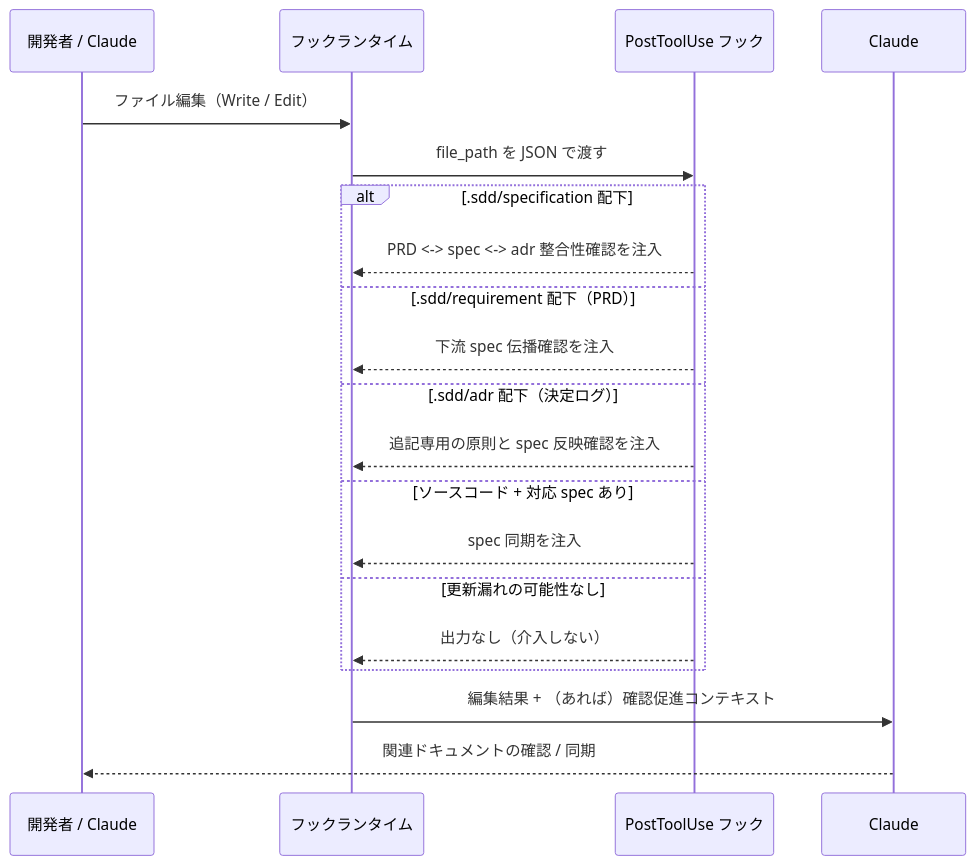
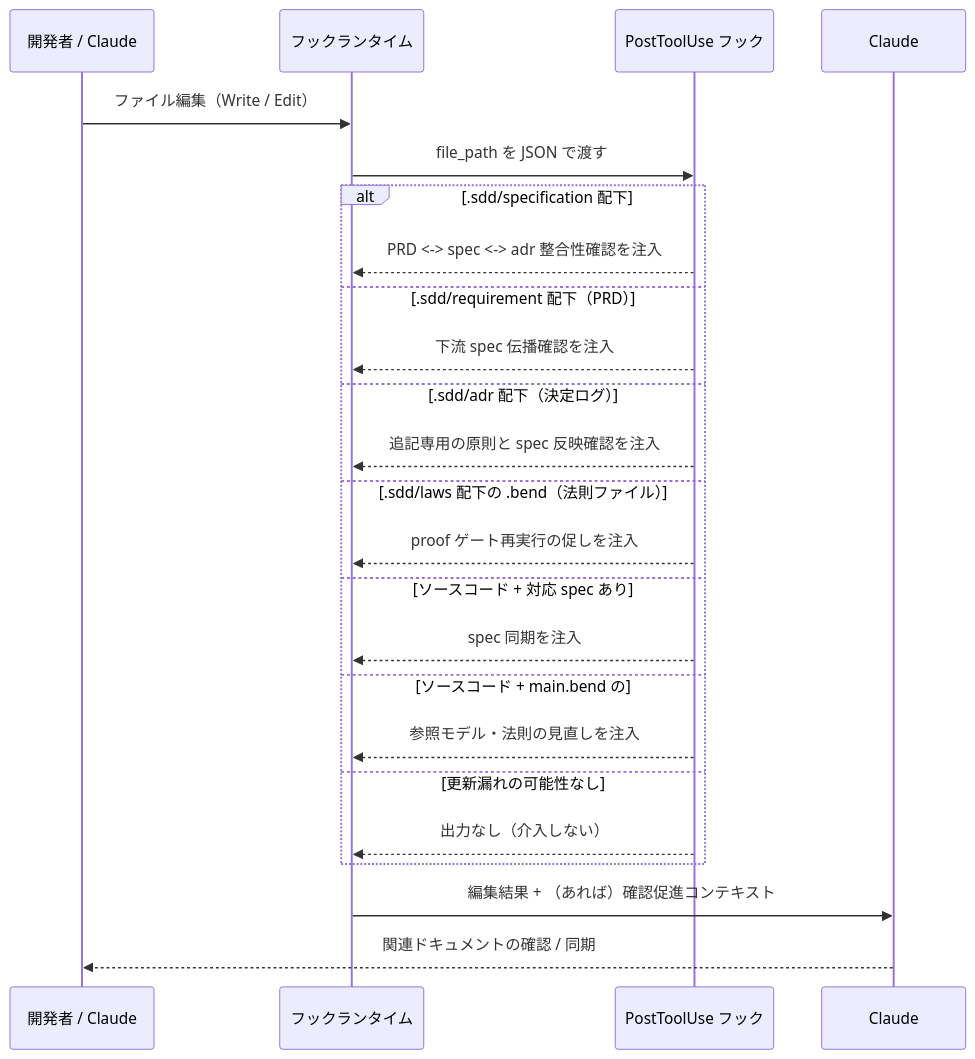
The diagram in .sdd/specification/quality-guardrails/stale-doc-detection_spec.md (ToshikiImagawa/ai-sdd-workflow-dev), drawn with Mermaid before and after one commit. The commit also changed other lines of this file and 7 other files, not shown here.

````diff
--- a/.sdd/specification/quality-guardrails/stale-doc-detection_spec.md
+++ b/.sdd/specification/quality-guardrails/stale-doc-detection_spec.md
@@ -149,23 +164,27 @@
 ```mermaid
 sequenceDiagram
     participant User as 開発者 / Claude
     participant Runtime as フックランタイム
     participant Hook as PostToolUse フック
     participant Claude as Claude
 
     User ->> Runtime: ファイル編集（Write / Edit）
     Runtime ->> Hook: file_path を JSON で渡す
     alt .sdd/specification 配下
         Hook -->> Runtime: PRD <-> spec <-> adr 整合性確認を注入
     else .sdd/requirement 配下（PRD）
         Hook -->> Runtime: 下流 spec 伝播確認を注入
     else .sdd/adr 配下（決定ログ）
         Hook -->> Runtime: 追記専用の原則と spec 反映確認を注入
+    else .sdd/laws 配下の .bend（法則ファイル）
+        Hook -->> Runtime: proof ゲート再実行の促しを注入
     else ソースコード + 対応 spec あり
         Hook -->> Runtime: spec 同期を注入
+    else ソースコード + main.bend の # model-of: に一致
+        Hook -->> Runtime: 参照モデル・法則の見直しを注入
     else 更新漏れの可能性なし
         Hook -->> Runtime: 出力なし（介入しない）
     end
     Runtime ->> Claude: 編集結果 + （あれば）確認促進コンテキスト
     Claude -->> User: 関連ドキュメントの確認 / 同期
 ```
````
